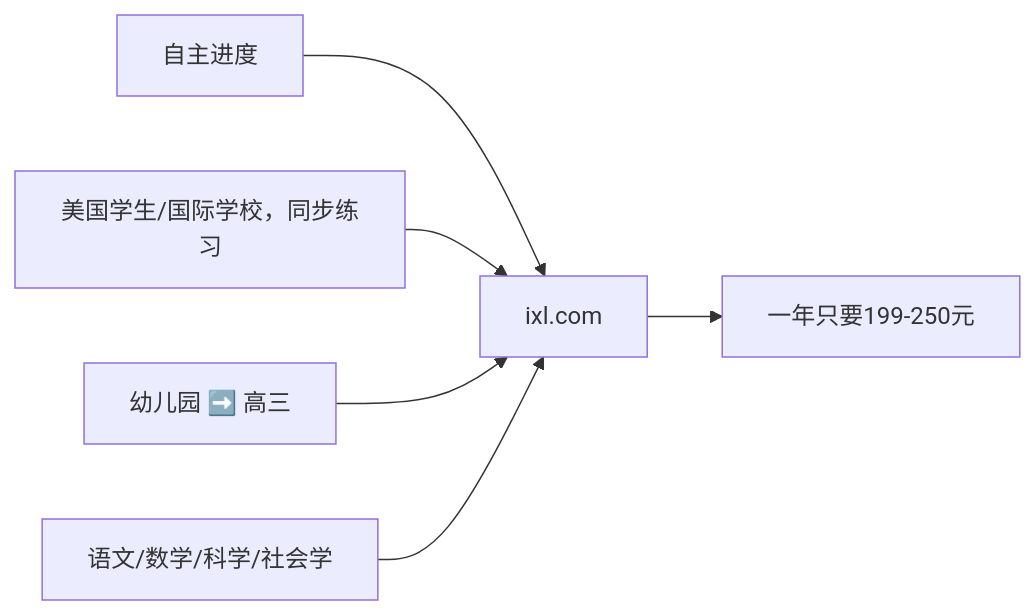
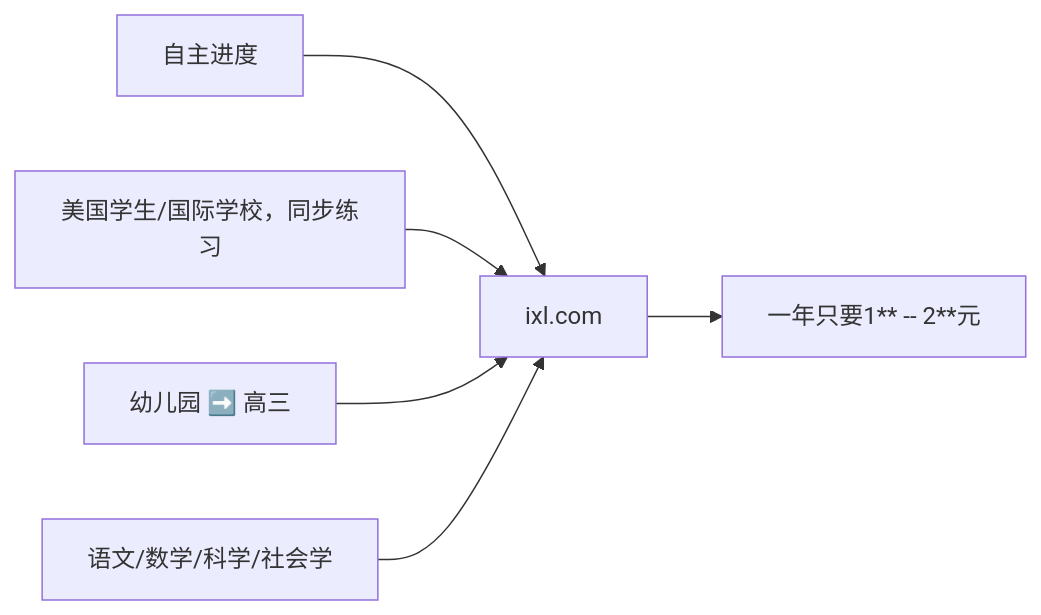
Before and after one commit to libregd/libregd.github.io: the fourth of 4 diagrams in videoMade/ixl.md, drawn with Mermaid. The commit also changed other lines of this file, not shown here.

````diff
--- a/videoMade/ixl.md
+++ b/videoMade/ixl.md
@@ -79,8 +79,8 @@
 ```mermaid
 graph LR
-F[ixl.com]--> A[一年只要199-250元];
+F[ixl.com]--> A[一年只要1** -- 2**元];
 B[自主进度]--> F;
 C[美国学生/国际学校，同步练习]--> F;
 D[幼儿园 ➡️ 高三]--> F;
 E[语文/数学/科学/社会学]-->F;
 ```
````
